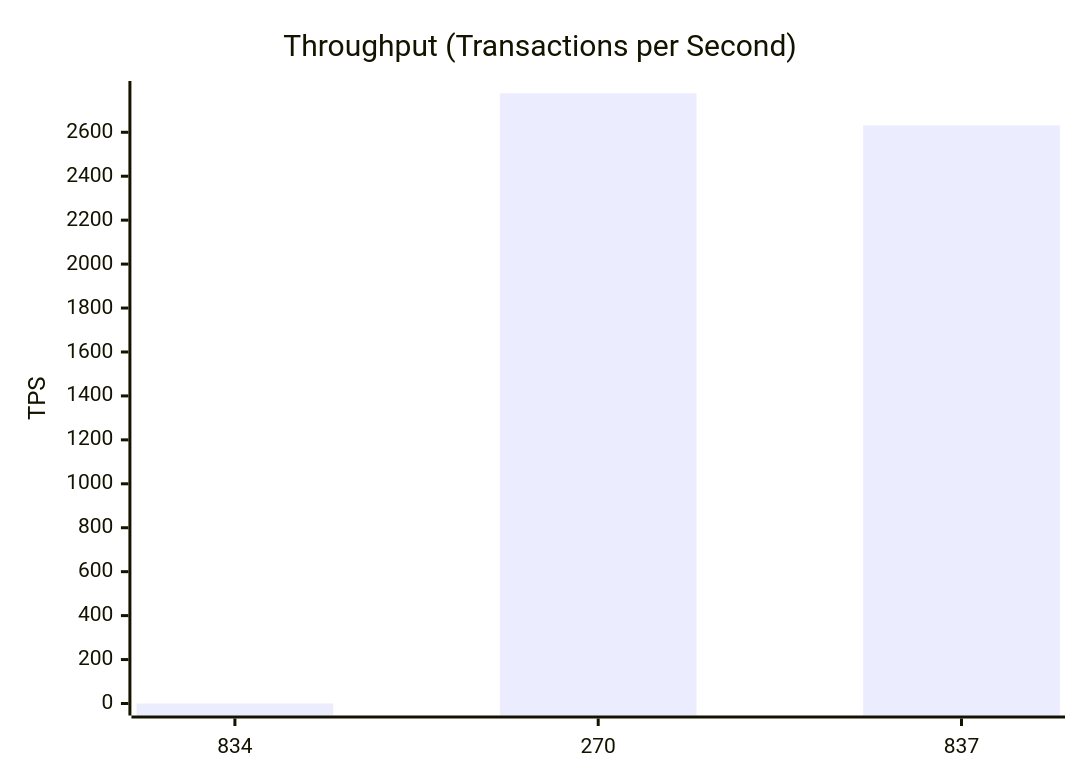
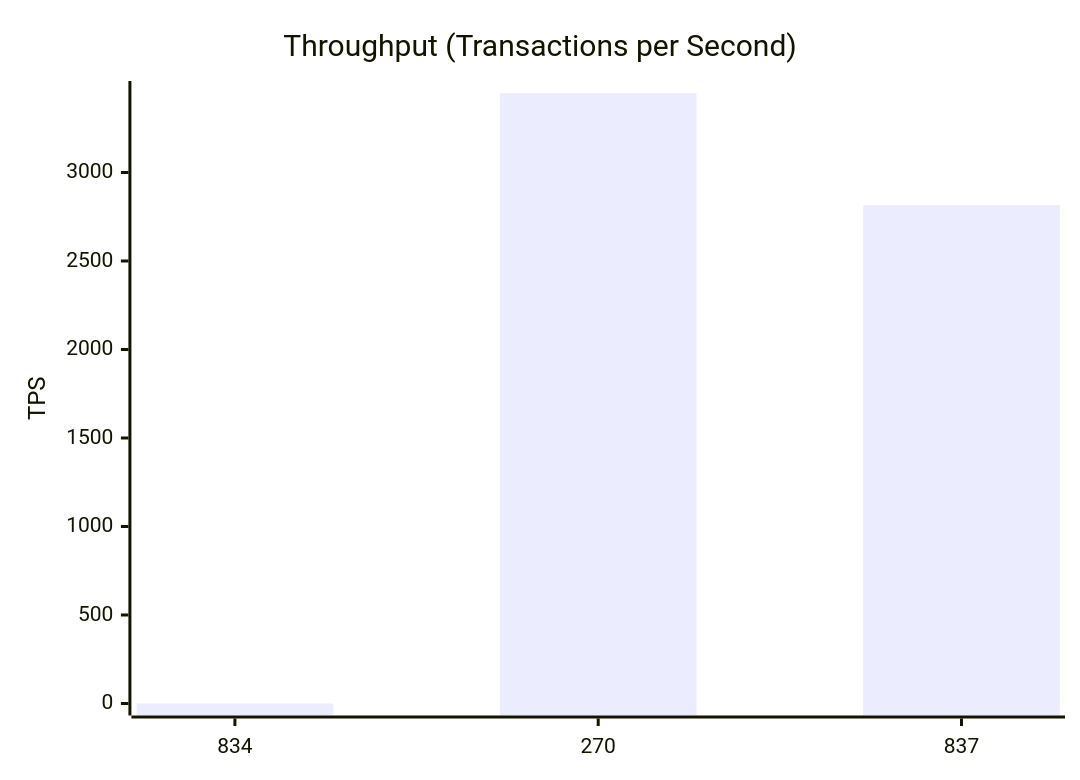
The second of 10 diagrams in test-tools/DataGen/src/Statistics_Visualizer.md (dhagan-va/intern-2025), drawn with Mermaid before and after one commit. The commit also changed other lines of this file and 4 other files, not shown here.

````diff
--- a/test-tools/DataGen/src/Statistics_Visualizer.md
+++ b/test-tools/DataGen/src/Statistics_Visualizer.md
@@ -28,7 +28,7 @@
 ```mermaid
 xychart-beta
     title "Throughput (Transactions per Second)"
     x-axis ["834", "270", "837"]
-    y-axis "TPS" 0 --> 2778.777777777778
-    bar [0.0, 2777.777777777778, 2631.6482012684546]
+    y-axis "TPS" 0 --> 3449.156960104824
+    bar [0.0, 3448.156960104824, 2816.1081385525204]
 ```
````
